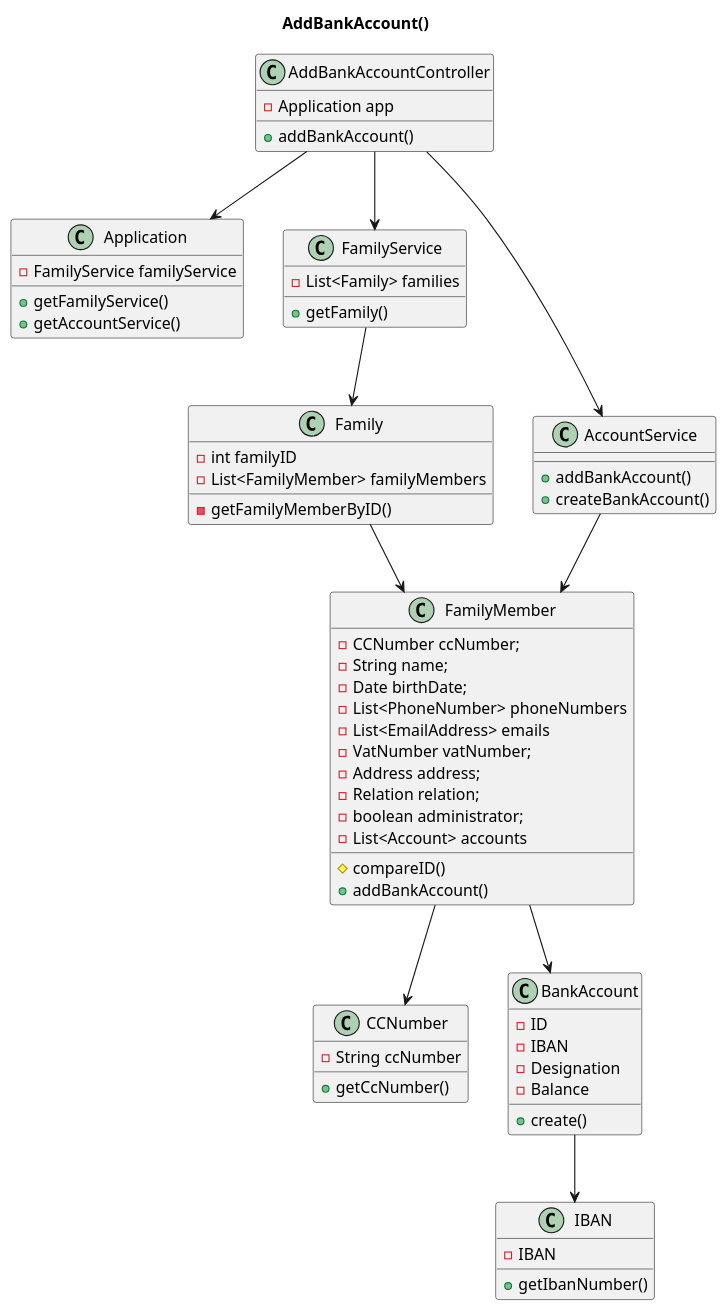
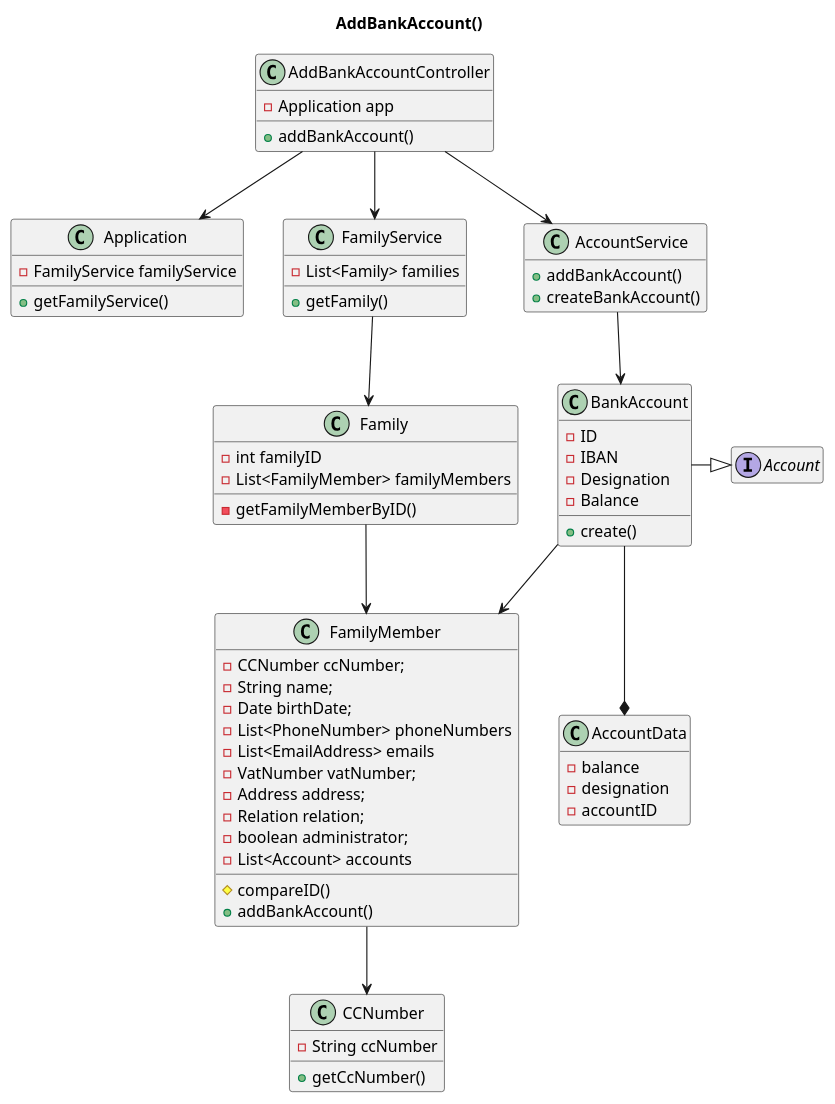
Before and after one commit to tomas-osswald/switch_2020_g3: the third of 3 diagrams in docs/sprint1/user_stories/US171_AddBankAccount.md, drawn with PlantUML. The commit also changed 3 other files, not shown here.

Commit message:
tests for BankAccountController

````diff
--- a/docs/sprint1/user_stories/US171_AddBankAccount.md
+++ b/docs/sprint1/user_stories/US171_AddBankAccount.md
@@ -170,81 +170,82 @@
 ```puml
 @startuml
 
 title AddBankAccount()
+hide empty members
 
 class AddBankAccountController {
   - Application app
   + addBankAccount()
 }
 
 class Application {
   - FamilyService familyService
   + getFamilyService()
-  + getAccountService()
 }
 
 class FamilyService {
   - List<Family> families
   + getFamily()
 }
 
 class Family {
   - int familyID
   - List<FamilyMember> familyMembers
   - getFamilyMemberByID()  
 }
 
 class FamilyMember {
   - CCNumber ccNumber;
   - String name;
   - Date birthDate;
   - List<PhoneNumber> phoneNumbers
   - List<EmailAddress> emails
   - VatNumber vatNumber;
   - Address address;
   - Relation relation;
   - boolean administrator;
   - List<Account> accounts
   # compareID()
   + addBankAccount()
   
 }
 
 class CCNumber {
   - String ccNumber
   + getCcNumber()
 }
 
+class AccountService {
+  + addBankAccount()
+  + createBankAccount()
+}
 class BankAccount {
   - ID
   - IBAN
   - Designation
   - Balance
   + create()
-  
 }
 
-class IBAN {
-  - IBAN
-  + getIbanNumber()
+interface Account{
 }
-
-class AccountService {
-  + addBankAccount()
-  + createBankAccount()
+class AccountData {
+  - balance
+  - designation
+  - accountID
 }
 
 AddBankAccountController --> Application
 AddBankAccountController --> FamilyService
 FamilyService --> Family
 Family --> FamilyMember
 FamilyMember --> CCNumber
 AddBankAccountController --> AccountService
-AccountService --> FamilyMember
-FamilyMember --> BankAccount
-BankAccount --> IBAN
-
+AccountService --> BankAccount
+BankAccount -|> Account
+BankAccount --> FamilyMember
+BankAccount --* AccountData
 
 
 @enduml
 ```
````
